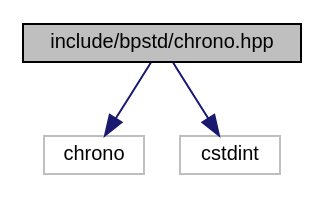
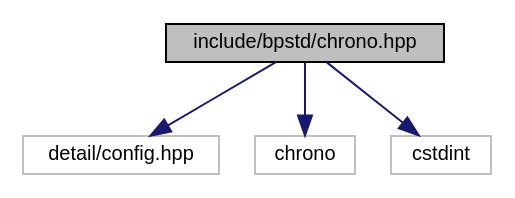
One commit to bitwizeshift/BackportCpp changed the diagram in api/latest/dc/dd7/chrono_8hpp__incl.dot. Above: the diagram before and after it, drawn with Graphviz. The commit also changed 183 other files, not shown here.

```diff
--- a/api/latest/dc/dd7/chrono_8hpp__incl.dot
+++ b/api/latest/dc/dd7/chrono_8hpp__incl.dot
@@ -1,10 +1,12 @@
 digraph "include/bpstd/chrono.hpp"
 {
   edge [fontname="Helvetica",fontsize="10",labelfontname="Helvetica",labelfontsize="10"];
   node [fontname="Helvetica",fontsize="10",shape=record];
   Node0 [label="include/bpstd/chrono.hpp",height=0.2,width=0.4,color="black", fillcolor="grey75", style="filled", fontcolor="black"];
   Node0 -> Node1 [color="midnightblue",fontsize="10",style="solid",fontname="Helvetica"];
-  Node1 [label="chrono",height=0.2,width=0.4,color="grey75", fillcolor="white", style="filled"];
+  Node1 [label="detail/config.hpp",height=0.2,width=0.4,color="grey75", fillcolor="white", style="filled"];
   Node0 -> Node2 [color="midnightblue",fontsize="10",style="solid",fontname="Helvetica"];
-  Node2 [label="cstdint",height=0.2,width=0.4,color="grey75", fillcolor="white", style="filled"];
+  Node2 [label="chrono",height=0.2,width=0.4,color="grey75", fillcolor="white", style="filled"];
+  Node0 -> Node3 [color="midnightblue",fontsize="10",style="solid",fontname="Helvetica"];
+  Node3 [label="cstdint",height=0.2,width=0.4,color="grey75", fillcolor="white", style="filled"];
 }
```
